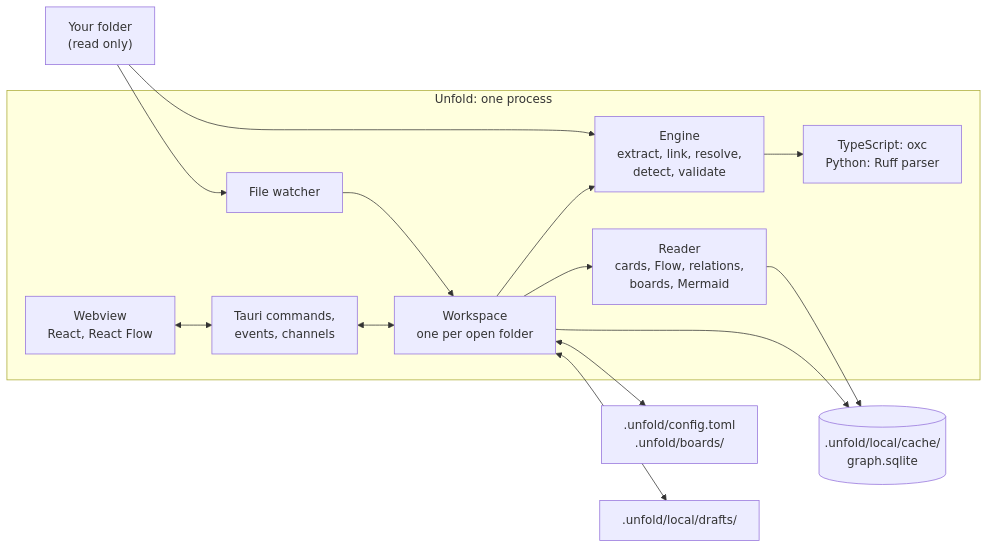
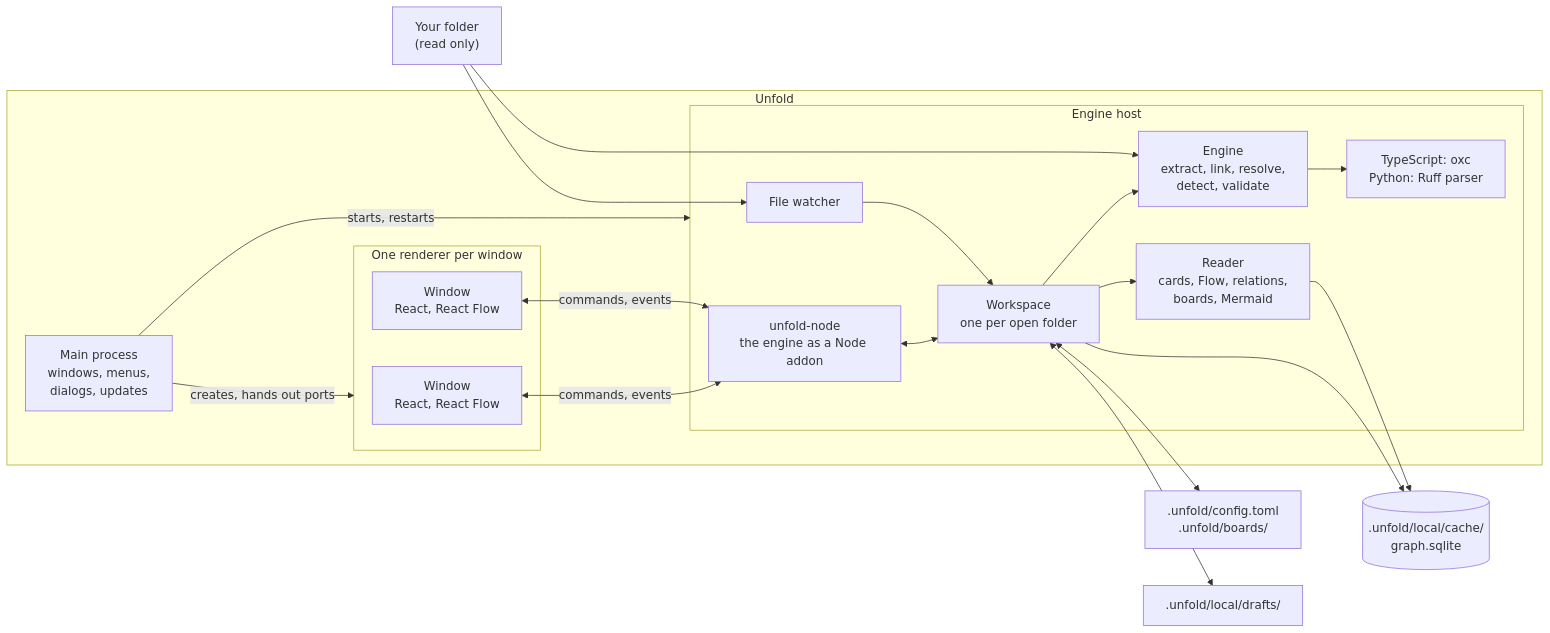
One commit to Lazar-Agoev/unfold changed the diagram in docs/architecture.md. Above: the diagram before and after it, drawn with Mermaid. The commit also changed other lines of this file and 2566 other files, not shown here.

````diff
--- a/docs/architecture.md
+++ b/docs/architecture.md
@@ -101,28 +105,37 @@
 ```mermaid
 flowchart LR
     Folder["Your folder<br/>(read only)"]
-    subgraph App["Unfold: one process"]
-        UI["Webview<br/>React, React Flow"]
-        Commands["Tauri commands,<br/>events, channels"]
-        Workspace["Workspace<br/>one per open folder"]
-        Watcher["File watcher"]
-        Engine["Engine<br/>extract, link, resolve,<br/>detect, validate"]
-        Languages["TypeScript: oxc<br/>Python: Ruff parser"]
-        Reader["Reader<br/>cards, Flow, relations,<br/>boards, Mermaid"]
+    subgraph App["Unfold"]
+        Main["Main process<br/>windows, menus,<br/>dialogs, updates"]
+        subgraph Windows["One renderer per window"]
+            UI1["Window<br/>React, React Flow"]
+            UI2["Window<br/>React, React Flow"]
+        end
+        subgraph Host["Engine host"]
+            Addon["unfold-node<br/>the engine as a Node addon"]
+            Workspace["Workspace<br/>one per open folder"]
+            Watcher["File watcher"]
+            Engine["Engine<br/>extract, link, resolve,<br/>detect, validate"]
+            Languages["TypeScript: oxc<br/>Python: Ruff parser"]
+            Reader["Reader<br/>cards, Flow, relations,<br/>boards, Mermaid"]
+        end
     end
     Store[(".unfold/local/cache/<br/>graph.sqlite")]
     Shared[".unfold/config.toml<br/>.unfold/boards/"]
     Drafts[".unfold/local/drafts/"]
-    UI <--> Commands
-    Commands <--> Workspace
+    Main -->|creates, hands out ports| Windows
+    Main -->|starts, restarts| Host
+    UI1 <-->|commands, events| Addon
+    UI2 <-->|commands, events| Addon
+    Addon <--> Workspace
     Folder --> Watcher
     Watcher --> Workspace
     Workspace --> Engine
     Engine --> Languages
     Folder --> Engine
     Workspace --> Store
     Reader --> Store
     Workspace --> Reader
     Workspace <--> Shared
     Workspace <--> Drafts
 ```
````
